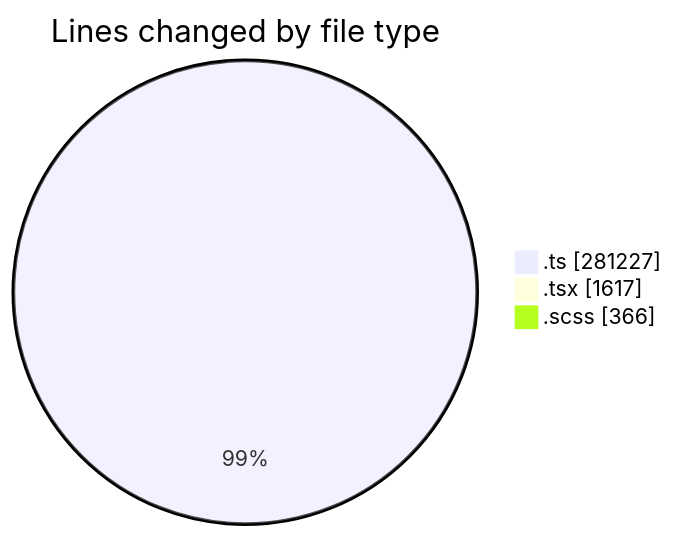
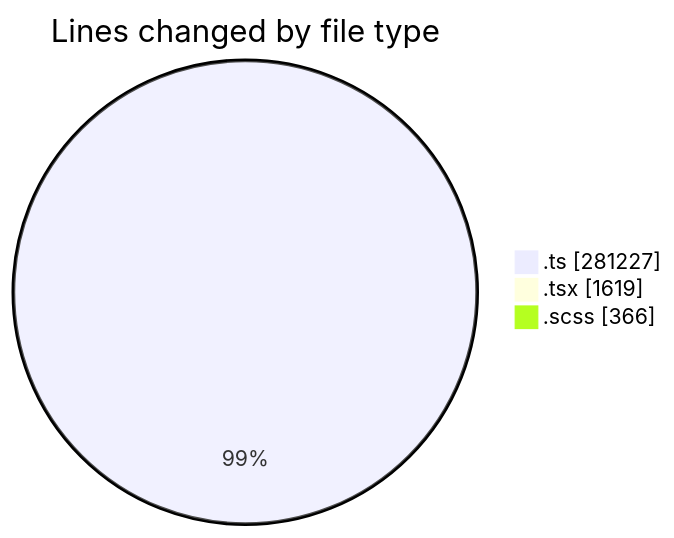
One commit to momahboobian/code-tracking changed the first of 2 diagrams in 2025-08-22/cda/README.md. Above: the diagram before and after it, drawn with Mermaid. The commit also changed other lines of this file and 1 other file, not shown here.

````diff
--- a/2025-08-22/cda/README.md
+++ b/2025-08-22/cda/README.md
@@ -40,7 +40,7 @@
 ```mermaid
 pie showData
 title Lines changed by file type
 ".ts" : 281227
-".tsx" : 1617
+".tsx" : 1619
 ".scss" : 366
 ```
````
